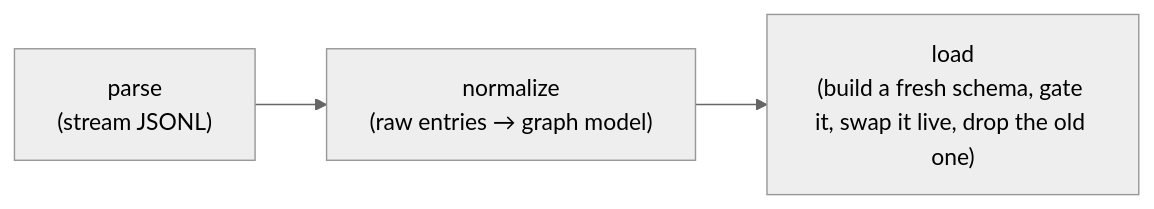
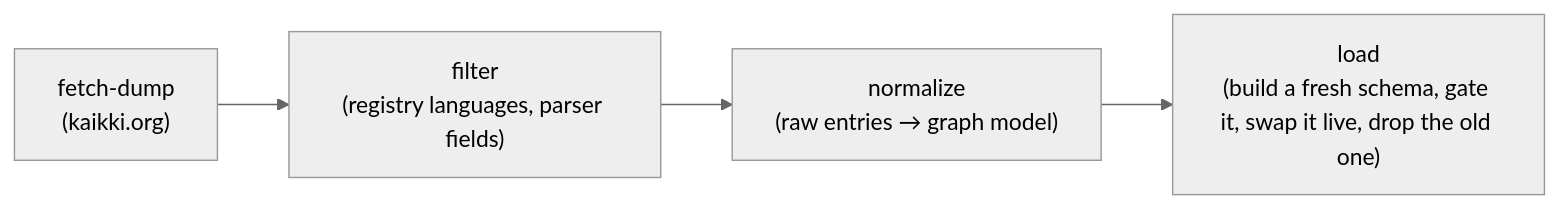
The diagram in etl/README.md (van-riper/etymyriad), drawn with Mermaid (neutral theme) before and after one commit.

Commit message:
docs(etl): show fetch-dump and filter in the flow

````diff
--- a/etl/README.md
+++ b/etl/README.md
@@ -5,7 +5,8 @@
 ```mermaid
 flowchart LR
-    parse["parse<br/>(stream JSONL)"]
+    fetch["fetch-dump<br/>(kaikki.org)"]
+    filter["filter<br/>(registry languages, parser fields)"]
     normalize["normalize<br/>(raw entries → graph model)"]
     load["load<br/>(build a fresh schema, gate it, swap it live, drop the old one)"]
-    parse --> normalize --> load
+    fetch --> filter --> normalize --> load
 ```
````
